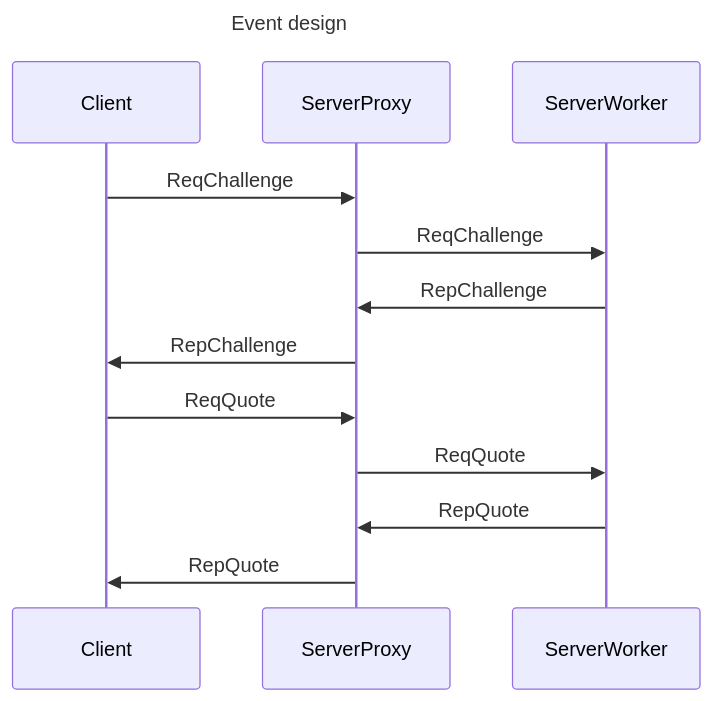
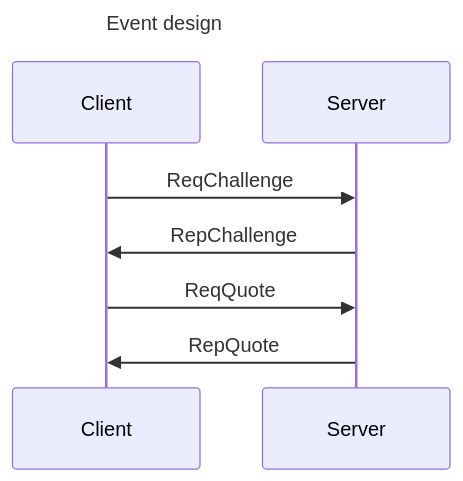
Before and after one commit to itimky/faraway-test: the second of 2 diagrams in README.md, drawn with Mermaid. The commit also changed 16 other files, not shown here.

````diff
--- a/README.md
+++ b/README.md
@@ -98,18 +98,13 @@
 ```mermaid
 ---
 title: Event design
 ---
 sequenceDiagram
     participant Client
-    participant ServerProxy
-    participant ServerWorker
+    participant Server
 
-    Client ->> ServerProxy: ReqChallenge
-    ServerProxy ->> ServerWorker: ReqChallenge
-    ServerWorker ->> ServerProxy: RepChallenge
-    ServerProxy ->> Client: RepChallenge
-    Client ->> ServerProxy: ReqQuote
-    ServerProxy ->> ServerWorker: ReqQuote
-    ServerWorker ->> ServerProxy: RepQuote
-    ServerProxy ->> Client: RepQuote
+    Client ->> Server: ReqChallenge
+    Server ->> Client: RepChallenge
+    Client ->> Server: ReqQuote
+    Server ->> Client: RepQuote
 ```
````
